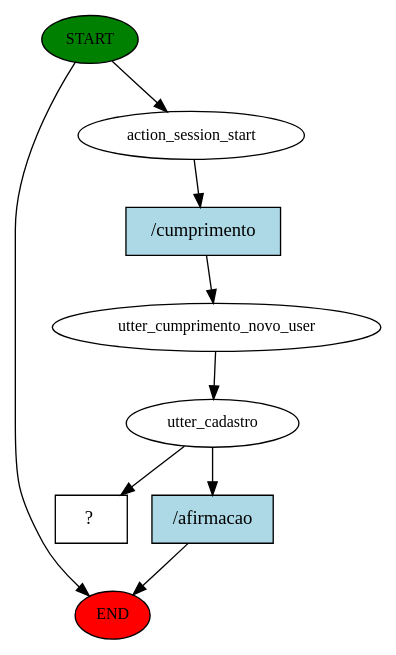
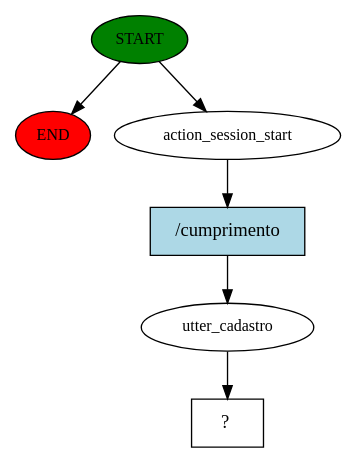
Before and after one commit to JuanFSR/JAM-Bot: the diagram in src/story_graph.dot, drawn with Graphviz. The commit also changed 4 other files, not shown here.

```diff
--- a/src/story_graph.dot
+++ b/src/story_graph.dot
@@ -1,18 +1,13 @@
 digraph  {
 0 [class="start active", fillcolor=green, fontsize=12, label=START, style=filled];
 "-1" [class=end, fillcolor=red, fontsize=12, label=END, style=filled];
 1 [class=active, fontsize=12, label=action_session_start];
-2 [class=active, fontsize=12, label=utter_cumprimento_novo_user];
-3 [class=active, fontsize=12, label=utter_cadastro];
-7 [class="intent dashed active", label="  ?  ", shape=rect];
-8 [class="intent active", fillcolor=lightblue, label="/cumprimento", shape=rect, style=filled];
-9 [class=intent, fillcolor=lightblue, label="/afirmacao", shape=rect, style=filled];
+2 [class=active, fontsize=12, label=utter_cadastro];
+3 [class="intent dashed active", label="  ?  ", shape=rect];
+4 [class="intent active", fillcolor=lightblue, label="/cumprimento", shape=rect, style=filled];
 0 -> "-1"  [class="", key=NONE, label=""];
 0 -> 1  [class=active, key=NONE, label=""];
-1 -> 8  [class=active, key=0];
+1 -> 4  [class=active, key=0];
 2 -> 3  [class=active, key=NONE, label=""];
-3 -> 7  [class=active, key=NONE, label=""];
-3 -> 9  [class="", key=0];
-8 -> 2  [class=active, key=0];
-9 -> "-1"  [class="", key=0];
+4 -> 2  [class=active, key=0];
 }
```
